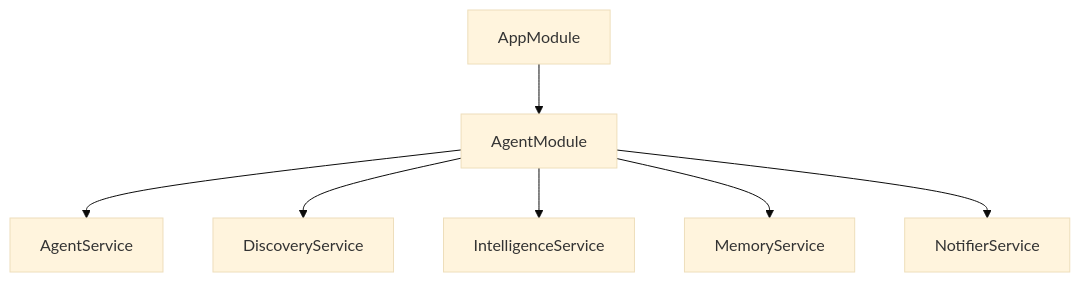
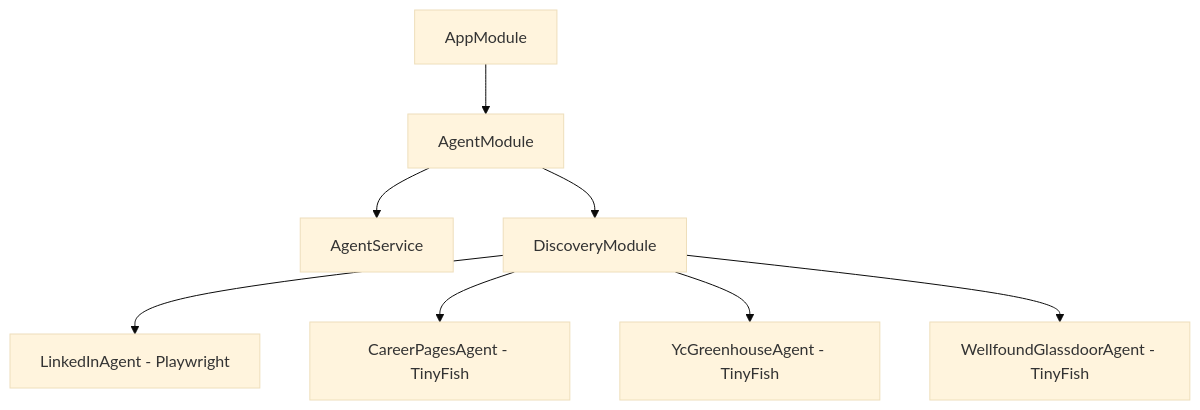
The diagram in wiki/concepts/architecture.md (supersparton/CareerAtlas), drawn with Mermaid (base theme) before and after one commit. The commit also changed other lines of this file and 16 other files, not shown here.

````diff
--- a/wiki/concepts/architecture.md
+++ b/wiki/concepts/architecture.md
@@ -22,9 +22,10 @@
 ```mermaid
 graph TD
     A[AppModule] --> B[AgentModule]
     B --> C[AgentService]
-    B --> D[DiscoveryService]
-    B --> E[IntelligenceService]
-    B --> F[MemoryService]
-    B --> G[NotifierService]
+    B --> D[DiscoveryModule]
+    D --> E[LinkedInAgent - Playwright]
+    D --> F[CareerPagesAgent - TinyFish]
+    D --> G[YcGreenhouseAgent - TinyFish]
+    D --> H[WellfoundGlassdoorAgent - TinyFish]
 ```
````
